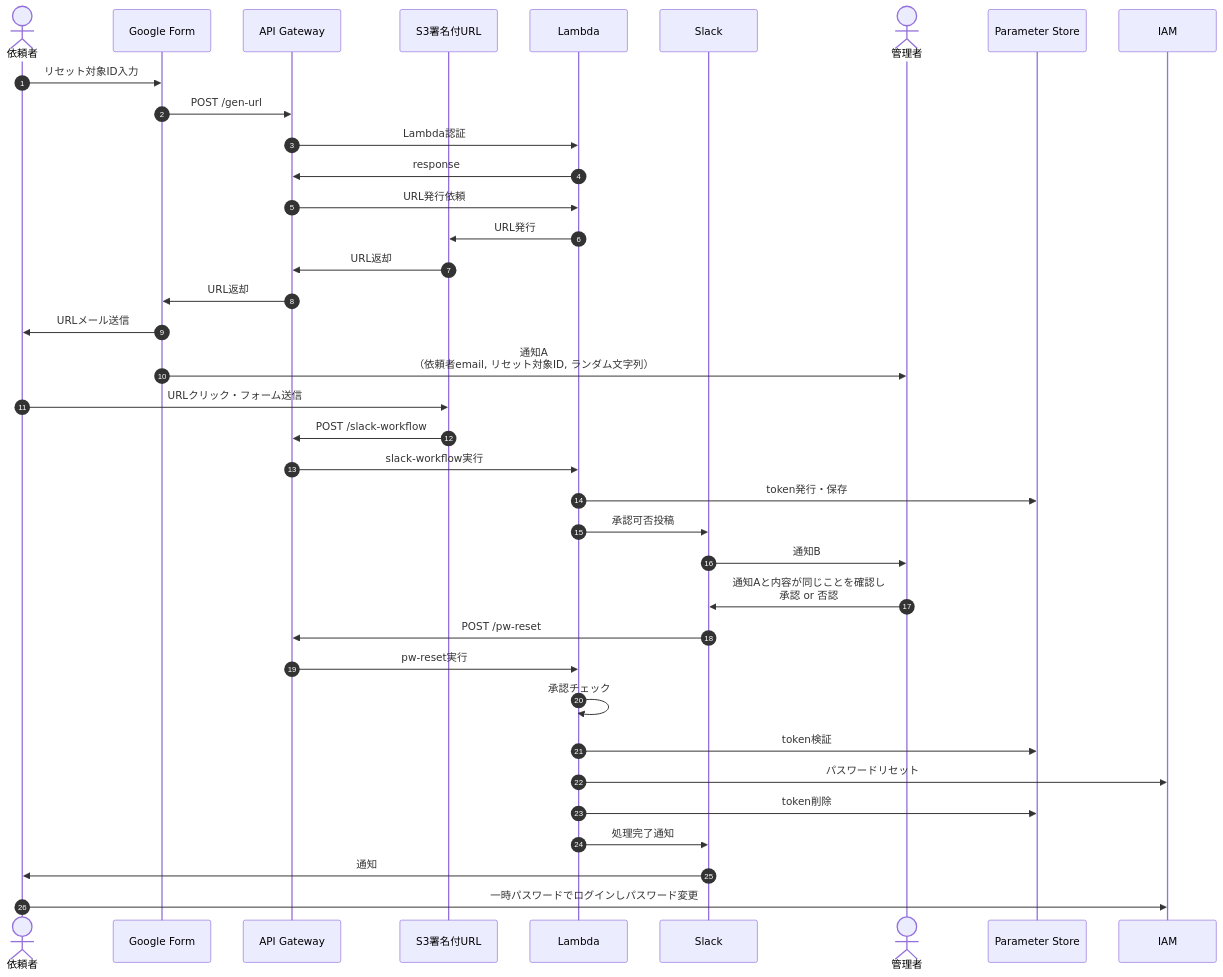
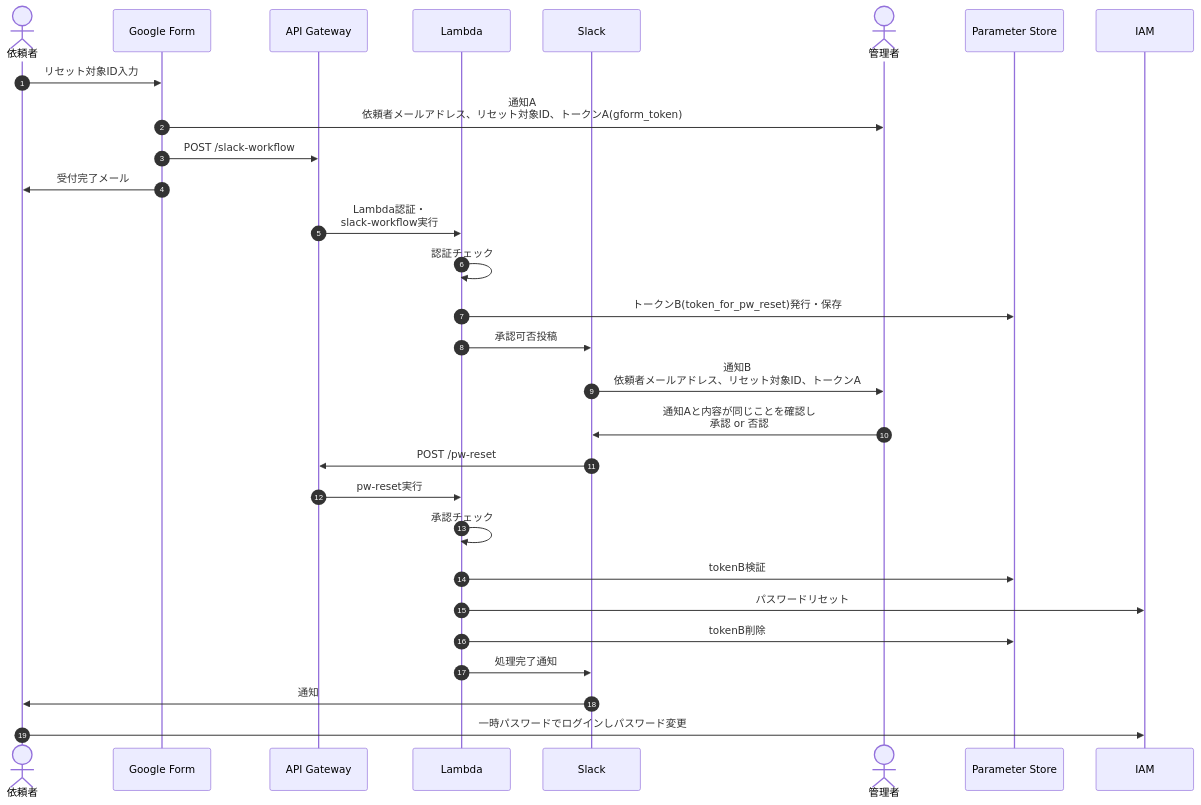
One commit to hige-dev/pw-reset changed the diagram in README.md. Above: the diagram before and after it, drawn with Mermaid. The commit also changed other lines of this file and 9 other files, not shown here.

````diff
--- a/README.md
+++ b/README.md
@@ -66,39 +67,31 @@
 ```mermaid
 sequenceDiagram
   autonumber
   actor line_2 as 依頼者
   participant line_1 as Google Form
   participant line_3 as API Gateway
-  participant line_4 as S3署名付URL
   participant line_5 as Lambda
   participant line_6 as Slack
   actor line_7 as 管理者
   participant line_11 as Parameter Store
   participant line_10 as IAM
   line_2 ->> line_1: リセット対象ID入力
-  line_1 ->> line_3: POST /gen-url
-  line_3 ->> line_5: Lambda認証
-  line_5 ->> line_3: response
-  line_3 ->> line_5: URL発行依頼
-  line_5 ->> line_4: URL発行
-  line_4 ->> line_3: URL返却
-  line_3 ->> line_1: URL返却
-  line_1 ->> line_2: URLメール送信
-  line_1 ->> line_7: 通知A<br>（依頼者email, リセット対象ID, ランダム文字列）
-  line_2 ->> line_4: URLクリック・フォーム送信
-  line_4 ->> line_3: POST /slack-workflow
-  line_3 ->> line_5: slack-workflow実行
-  line_5 ->> line_11: token発行・保存
+  line_1 ->> line_7: 通知A<br>依頼者メールアドレス、リセット対象ID、トークンA(gform_token)
+  line_1 ->> line_3: POST /slack-workflow
+  line_1 ->> line_2: 受付完了メール
+  line_3 ->> line_5: Lambda認証・<br>slack-workflow実行
+  line_5 ->> line_5: 認証チェック
+  line_5 ->> line_11: トークンB(token_for_pw_reset)発行・保存
   line_5 ->> line_6: 承認可否投稿
-  line_6 ->> line_7: 通知B
+  line_6 ->> line_7: 通知B<br>依頼者メールアドレス、リセット対象ID、トークンA
   line_7 ->> line_6: 通知Aと内容が同じことを確認し<br>承認 or 否認
   line_6 ->> line_3: POST /pw-reset
   line_3 ->> line_5: pw-reset実行
   line_5 ->> line_5: 承認チェック
-  line_5 ->> line_11: token検証
+  line_5 ->> line_11: tokenB検証
   line_5 ->> line_10: パスワードリセット
-  line_5 ->> line_11: token削除
+  line_5 ->> line_11: tokenB削除
   line_5 ->> line_6: 処理完了通知
   line_6 ->> line_2: 通知
   line_2 ->> line_10: 一時パスワードでログインしパスワード変更
 ```
````
